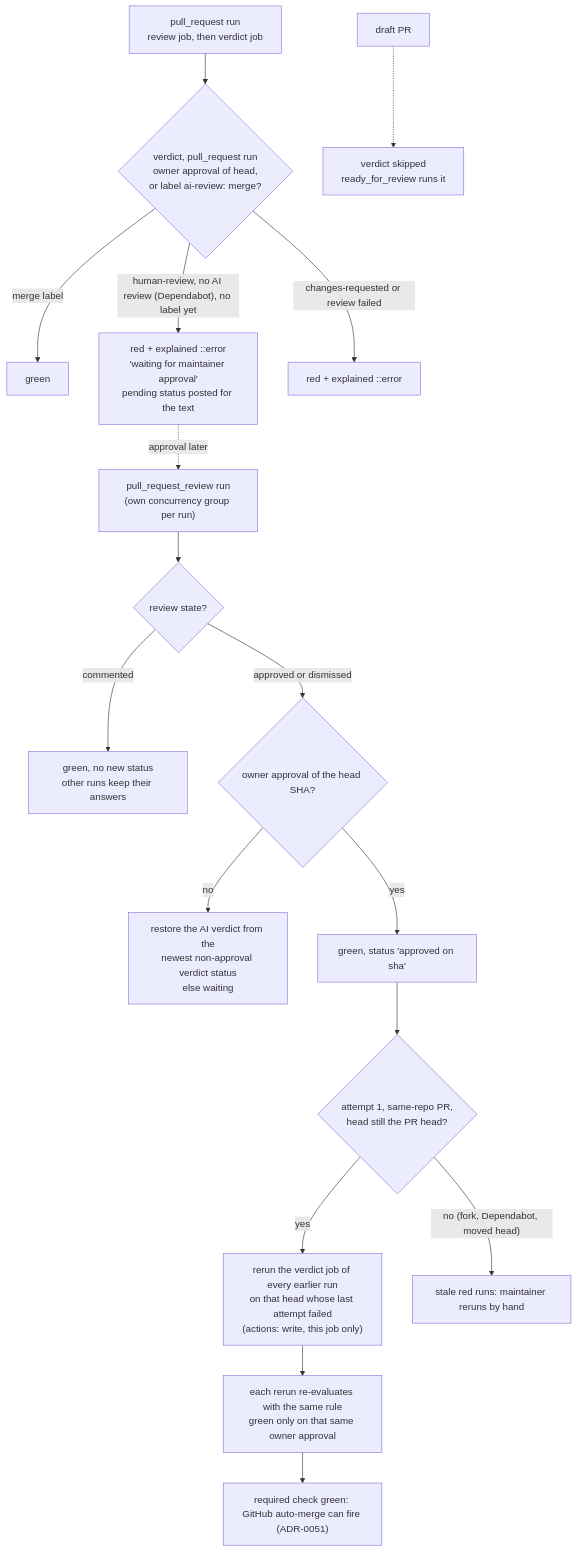
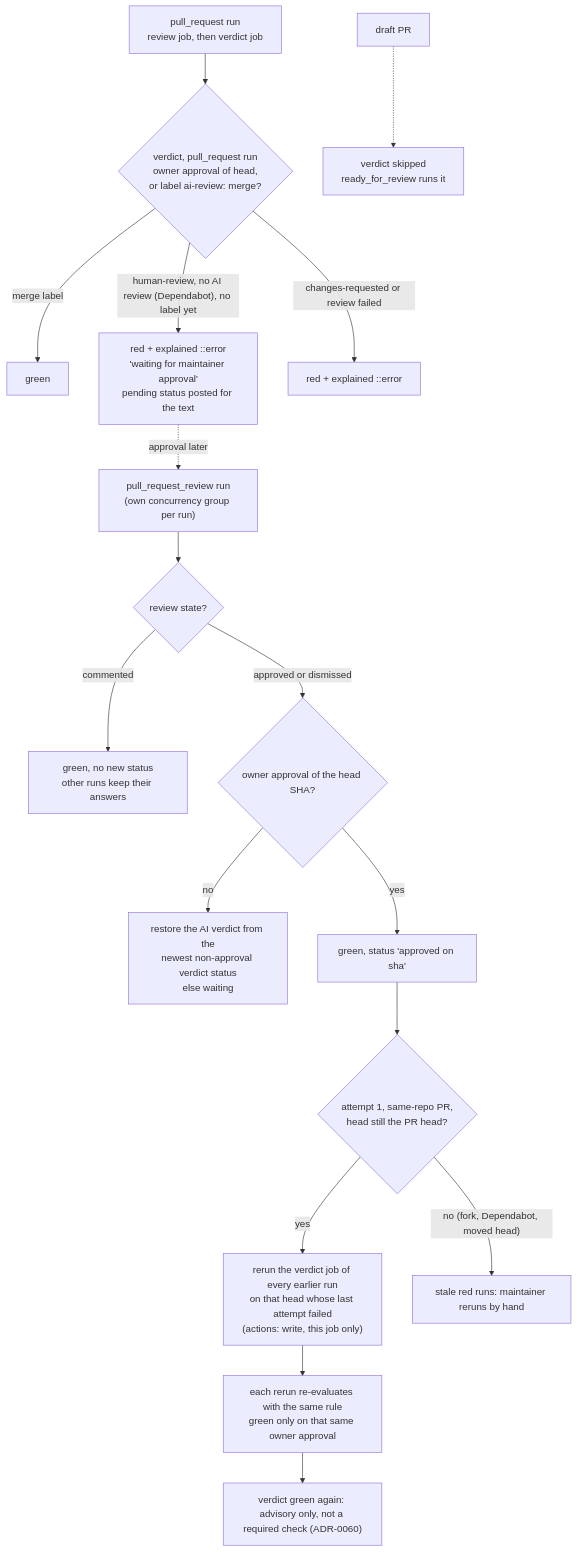
Diagram 19 of 20 in docs/diagrams.md (esciara/ai-workflows), drawn with Mermaid before and after one commit. The commit also changed other lines of this file, not shown here.

First line of the commit message:
docs(diagrams): refresh to 2026-11-15 main (WP8, WP9a, WP18, release flow, advisory verdict)

````diff
--- a/docs/diagrams.md
+++ b/docs/diagrams.md
@@ -471,19 +543,19 @@
 ```mermaid
 flowchart TD
   PE["pull_request run<br/>review job, then verdict job"] --> V1{"verdict, pull_request run<br/>owner approval of head,<br/>or label ai-review: merge?"}
   V1 -- "merge label" --> G1["green"]
   V1 -- "human-review, no AI review (Dependabot), no label yet" --> R1["red + explained ::error<br/>'waiting for maintainer approval'<br/>pending status posted for the text"]
   V1 -- "changes-requested or review failed" --> R2["red + explained ::error"]
   DR["draft PR"] -.-> SK["verdict skipped<br/>ready_for_review runs it"]
   RV["pull_request_review run<br/>(own concurrency group per run)"] --> ST{"review state?"}
   ST -- commented --> G2["green, no new status<br/>other runs keep their answers"]
   ST -- "approved or dismissed" --> AP{"owner approval of the head SHA?"}
   AP -- no --> RS["restore the AI verdict from the<br/>newest non-approval verdict status<br/>else waiting"]
   AP -- yes --> G3["green, status 'approved on sha'"]
   G3 --> RR{"attempt 1, same-repo PR,<br/>head still the PR head?"}
   RR -- yes --> LR["rerun the verdict job of every earlier run<br/>on that head whose last attempt failed<br/>(actions: write, this job only)"]
   RR -- "no (fork, Dependabot, moved head)" --> MN["stale red runs: maintainer reruns by hand"]
   LR --> RE["each rerun re-evaluates with the same rule<br/>green only on that same owner approval"]
-  RE --> AM["required check green: GitHub auto-merge can fire (ADR-0051)"]
+  RE --> AM["verdict green again: advisory only, not a required check (ADR-0060)"]
   R1 -. "approval later" .-> RV
 ```
````
